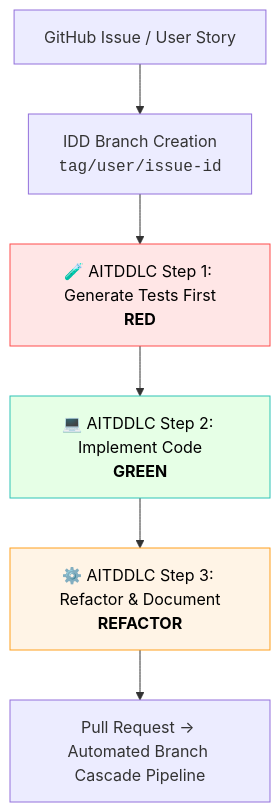
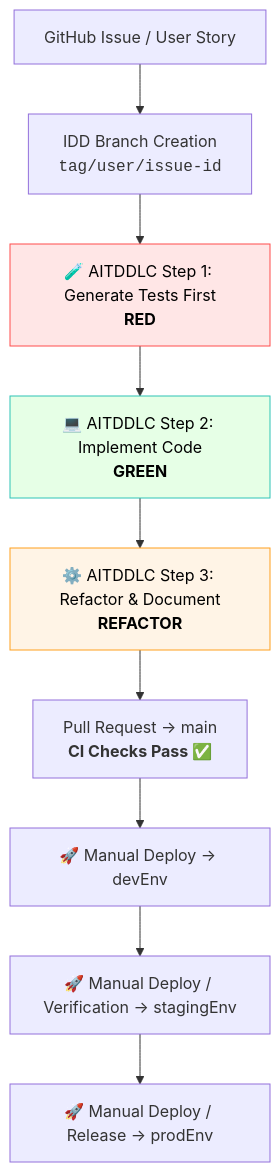
One commit to corebit-bd/pend-boilerplate changed the first of 2 diagrams in README.md. Above: the diagram before and after it, drawn with Mermaid. The commit also changed other lines of this file and 6 other files, not shown here.

Commit message:
cicd : Removed Automated Branch Cascade Workflow & Updated Documentation accordingly

````diff
--- a/README.md
+++ b/README.md
@@ -531,13 +530,16 @@
 ```mermaid
 flowchart TD
     A[GitHub Issue / User Story] --> B[IDD Branch Creation<br/><code>tag/user/issue-id</code>]
     B --> C[🧪 AITDDLC Step 1: Generate Tests First<br/><b>RED</b>]
     C --> D[💻 AITDDLC Step 2: Implement Code<br/><b>GREEN</b>]
     D --> E[⚙️ AITDDLC Step 3: Refactor & Document<br/><b>REFACTOR</b>]
-    E --> F[Pull Request → Automated Branch Cascade Pipeline]
+    E --> F[Pull Request → main<br/><b>CI Checks Pass ✅</b>]
+    F --> G[🚀 Manual Deploy → devEnv]
+    G --> H[🚀 Manual Deploy / Verification → stagingEnv]
+    H --> I[🚀 Manual Deploy / Release → prodEnv]
 
     %% Styling
     style C fill:#FFE6E6,stroke:#FF4D4D,color:#000
     style D fill:#E6FFE6,stroke:#2EC4B6,color:#000
     style E fill:#FFF4E6,stroke:#FF9F1C,color:#000
 ```
````
